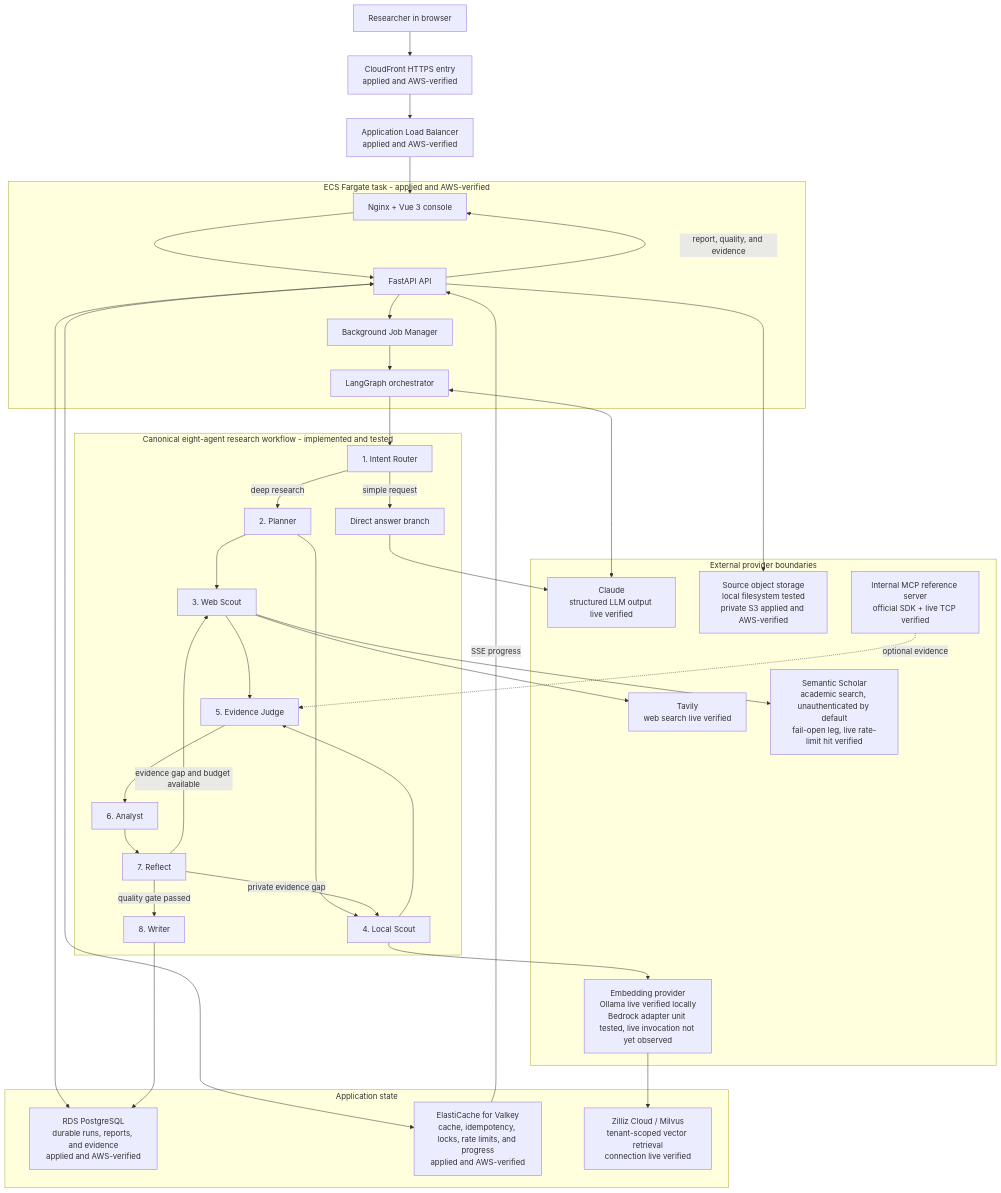
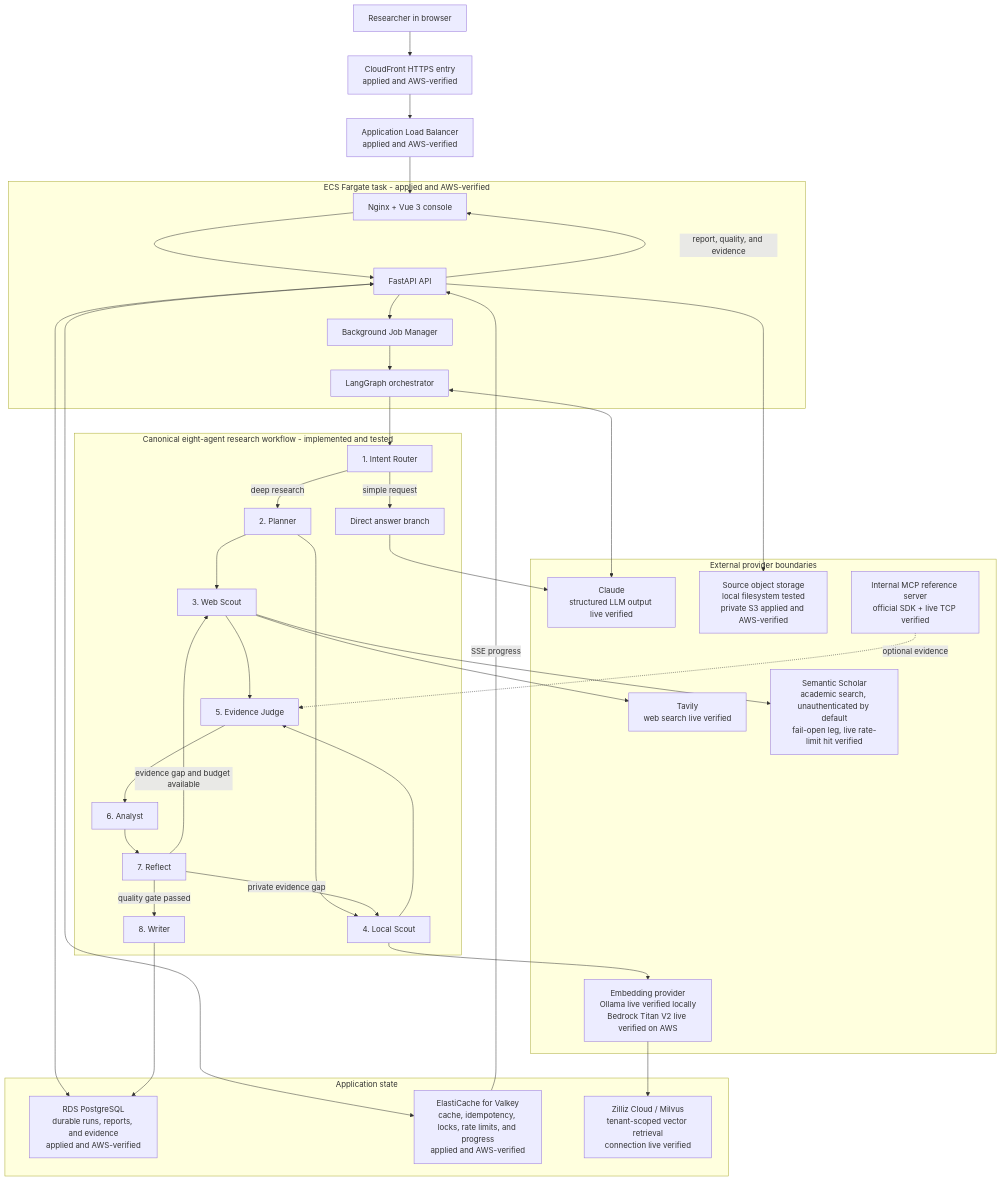
One commit to akira-in-tech/enterprise-agentic-research-platform changed the diagram in docs/status.md. Above: the diagram before and after it, drawn with Mermaid. The commit also changed other lines of this file and 1 other file, not shown here.

Commit message:
docs: reconcile verified deployment status

````diff
--- a/docs/status.md
+++ b/docs/status.md
@@ -199,64 +199,64 @@
 ```mermaid
 flowchart TB
     researcher["Researcher in browser"]
     cloudfront["CloudFront HTTPS entry<br/>applied and AWS-verified"]
     alb["Application Load Balancer<br/>applied and AWS-verified"]
 
     subgraph ecs["ECS Fargate task - applied and AWS-verified"]
         frontend["Nginx + Vue 3 console"]
         api["FastAPI API"]
         jobs["Background Job Manager"]
         workflow["LangGraph orchestrator"]
     end
 
     subgraph agents["Canonical eight-agent research workflow - implemented and tested"]
         router["1. Intent Router"]
         planner["2. Planner"]
         web["3. Web Scout"]
         local["4. Local Scout"]
         judge["5. Evidence Judge"]
         analyst["6. Analyst"]
         reflect["7. Reflect"]
         writer["8. Writer"]
         direct["Direct answer branch"]
     end
 
     subgraph state["Application state"]
         postgres["RDS PostgreSQL<br/>durable runs, reports, and evidence<br/>applied and AWS-verified"]
         redis["ElastiCache for Valkey<br/>cache, idempotency, locks, rate limits, and progress<br/>applied and AWS-verified"]
         milvus["Zilliz Cloud / Milvus<br/>tenant-scoped vector retrieval<br/>connection live verified"]
     end
 
     subgraph providers["External provider boundaries"]
         claude["Claude<br/>structured LLM output live verified"]
         tavily["Tavily<br/>web search live verified"]
         semanticscholar["Semantic Scholar<br/>academic search, unauthenticated by default<br/>fail-open leg, live rate-limit hit verified"]
-        embeddings["Embedding provider<br/>Ollama live verified locally<br/>Bedrock adapter unit tested, live invocation not yet observed"]
+        embeddings["Embedding provider<br/>Ollama live verified locally<br/>Bedrock Titan V2 live verified on AWS"]
         objects["Source object storage<br/>local filesystem tested<br/>private S3 applied and AWS-verified"]
         mcp["Internal MCP reference server<br/>official SDK + live TCP verified"]
     end
 
     researcher --> cloudfront --> alb --> frontend --> api
     api --> jobs --> workflow --> router
     router -->|simple request| direct --> claude
     router -->|deep research| planner
     planner --> web
     planner --> local
     web --> tavily
     web --> semanticscholar
     local --> embeddings --> milvus
     api --> objects
     web --> judge
     local --> judge
     mcp -. optional evidence .-> judge
     judge --> analyst --> reflect
     reflect -->|evidence gap and budget available| web
     reflect -->|private evidence gap| local
     reflect -->|quality gate passed| writer
     workflow <--> claude
     api <--> redis
     api <--> postgres
     writer --> postgres
     redis -->|SSE progress| api
     api -->|report, quality, and evidence| frontend
 ```
````
